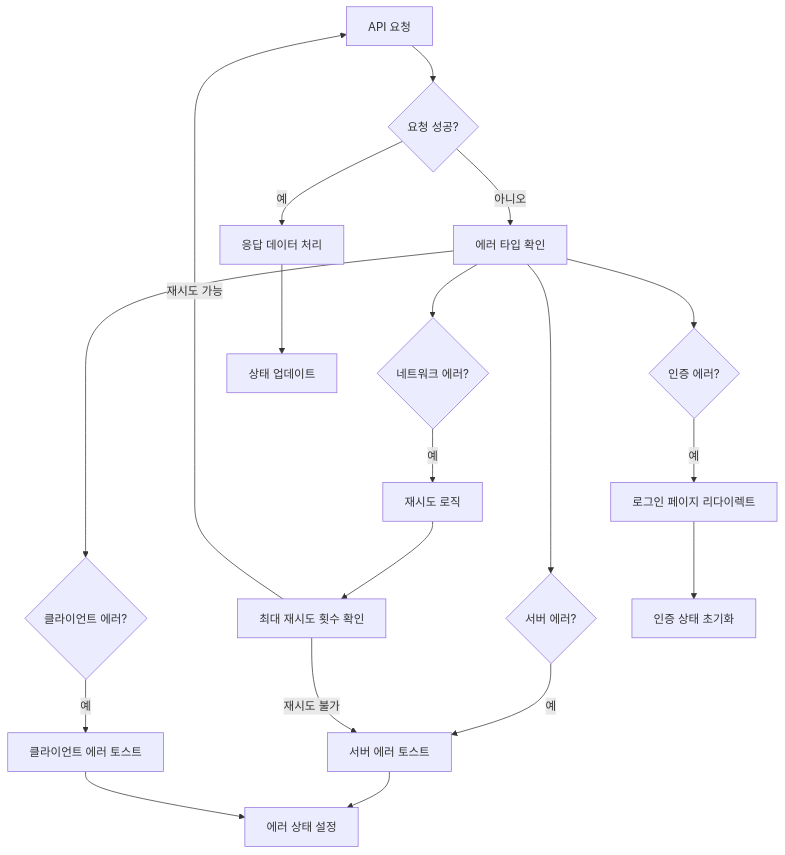
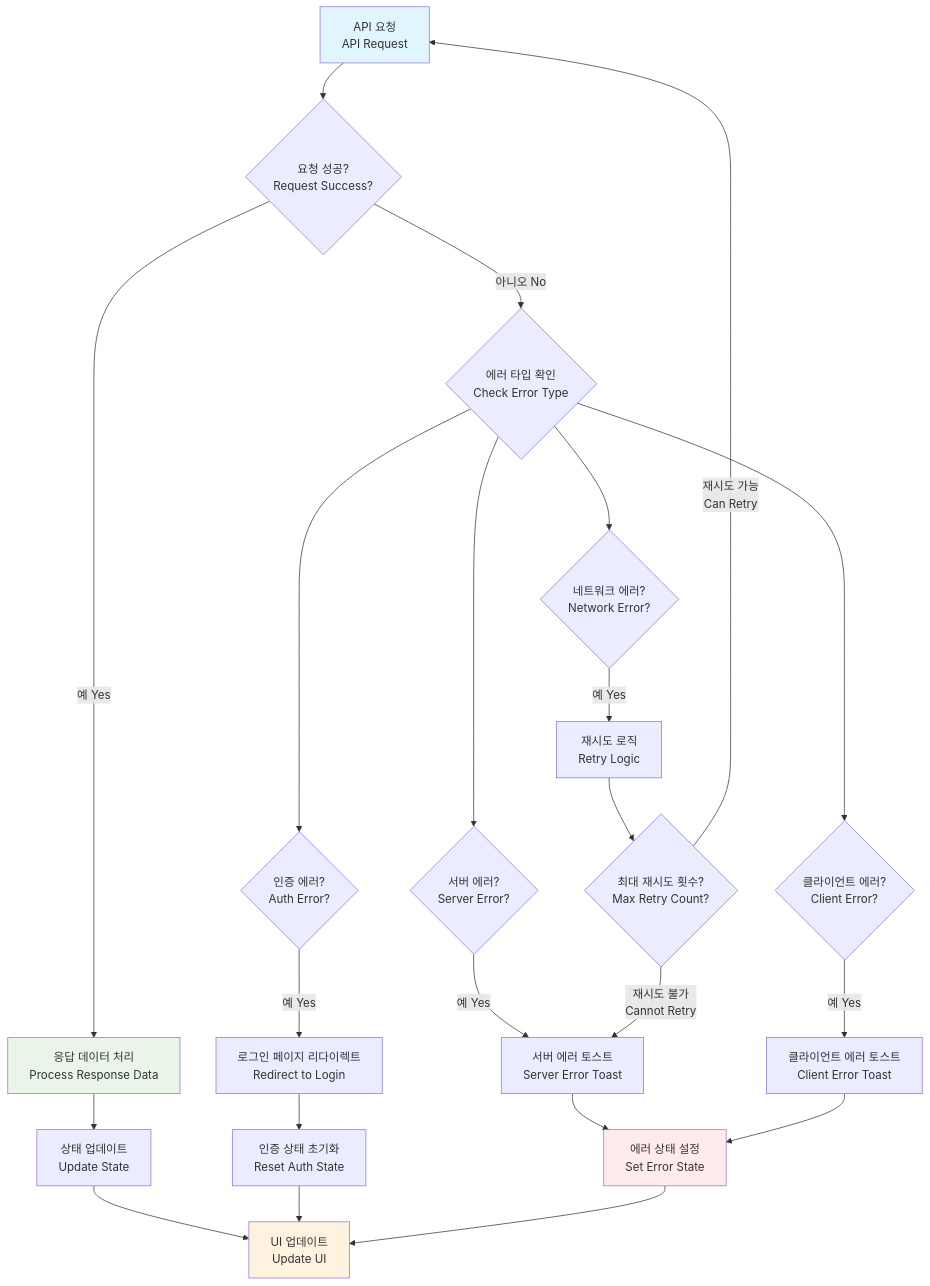
Diagram 17 of 19 in docs/design-specification.md (p0pular131/askspec-chat-assistant), drawn with Mermaid before and after one commit. The commit also changed other lines of this file, not shown here.

First line of the commit message:
Fix: Improve design spec diagrams and add estimate features

````diff
--- a/docs/design-specification.md
+++ b/docs/design-specification.md
@@ -749,25 +1183,35 @@
 ```mermaid
 flowchart TD
-    A[API 요청] --> B{요청 성공?}
-    B -->|예| C[응답 데이터 처리]
-    B -->|아니오| D[에러 타입 확인]
+    APIRequest[API 요청<br/>API Request] --> RequestSuccess{요청 성공?<br/>Request Success?}
     
-    D --> E{네트워크 에러?}
-    D --> F{인증 에러?}
-    D --> G{서버 에러?}
-    D --> H{클라이언트 에러?}
+    RequestSuccess -->|예 Yes| ResponseData[응답 데이터 처리<br/>Process Response Data]
+    RequestSuccess -->|아니오 No| ErrorType{에러 타입 확인<br/>Check Error Type}
     
-    E -->|예| I[재시도 로직]
-    F -->|예| J[로그인 페이지 리다이렉트]
-    G -->|예| K[서버 에러 토스트]
-    H -->|예| L[클라이언트 에러 토스트]
+    ErrorType --> NetworkError{네트워크 에러?<br/>Network Error?}
+    ErrorType --> AuthError{인증 에러?<br/>Auth Error?}
+    ErrorType --> ServerError{서버 에러?<br/>Server Error?}
+    ErrorType --> ClientError{클라이언트 에러?<br/>Client Error?}
     
-    I --> M[최대 재시도 횟수 확인]
-    M -->|재시도 가능| A
-    M -->|재시도 불가| K
+    NetworkError -->|예 Yes| RetryLogic[재시도 로직<br/>Retry Logic]
+    AuthError -->|예 Yes| AuthRedirect[로그인 페이지 리다이렉트<br/>Redirect to Login]
+    ServerError -->|예 Yes| ServerErrorToast[서버 에러 토스트<br/>Server Error Toast]
+    ClientError -->|예 Yes| ClientErrorToast[클라이언트 에러 토스트<br/>Client Error Toast]
     
-    C --> N[상태 업데이트]
-    J --> O[인증 상태 초기화]
-    K --> P[에러 상태 설정]
-    L --> P
+    RetryLogic --> RetryCheck{최대 재시도 횟수?<br/>Max Retry Count?}
+    RetryCheck -->|재시도 가능<br/>Can Retry| APIRequest
+    RetryCheck -->|재시도 불가<br/>Cannot Retry| ServerErrorToast
+    
+    ResponseData --> StateUpdate[상태 업데이트<br/>Update State]
+    AuthRedirect --> AuthReset[인증 상태 초기화<br/>Reset Auth State]
+    ServerErrorToast --> ErrorState[에러 상태 설정<br/>Set Error State]
+    ClientErrorToast --> ErrorState
+    
+    StateUpdate --> UIUpdate[UI 업데이트<br/>Update UI]
+    AuthReset --> UIUpdate
+    ErrorState --> UIUpdate
+    
+    style APIRequest fill:#e1f5fe
+    style ResponseData fill:#e8f5e8
+    style ErrorState fill:#ffebee
+    style UIUpdate fill:#fff3e0
 ```
````
